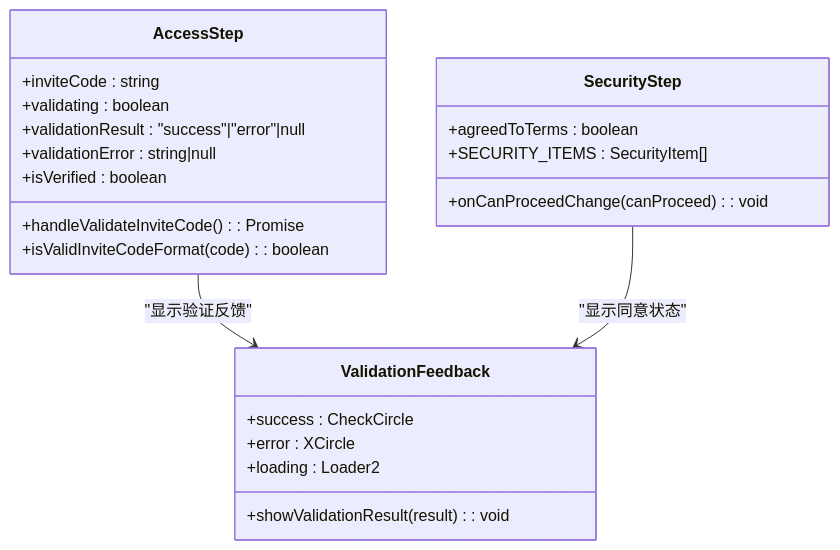
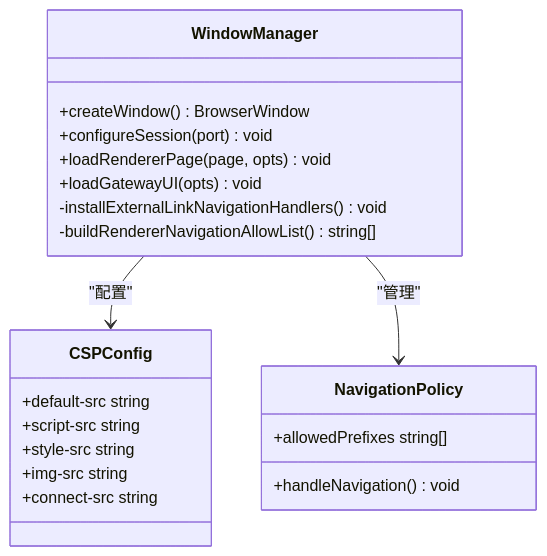
The sixth of 8 diagrams in .qoder/repowiki/zh/content/核心概念/Electron应用增强.md (verse-ai-org/openclaw), drawn with Mermaid before and after one commit. The commit also changed other lines of this file and 12 other files, not shown here.

````diff
--- a/.qoder/repowiki/zh/content/核心概念/Electron应用增强.md
+++ b/.qoder/repowiki/zh/content/核心概念/Electron应用增强.md
@@ -1063,25 +204,24 @@
 ```mermaid
 classDiagram
-class AccessStep {
-+inviteCode : string
-+validating : boolean
-+validationResult : "success"|"error"|null
-+validationError : string|null
-+isVerified : boolean
-+handleValidateInviteCode() : Promise
-+isValidInviteCodeFormat(code) : boolean
+class WindowManager {
++createWindow() BrowserWindow
++configureSession(port) void
++loadRendererPage(page, opts) void
++loadGatewayUI(opts) void
+-installExternalLinkNavigationHandlers() void
+-buildRendererNavigationAllowList() string[]
 }
-class SecurityStep {
-+agreedToTerms : boolean
-+SECURITY_ITEMS : SecurityItem[]
-+onCanProceedChange(canProceed) : void
+class CSPConfig {
++default-src string
++script-src string
++style-src string
++img-src string
++connect-src string
 }
-class ValidationFeedback {
-+success : CheckCircle
-+error : XCircle
-+loading : Loader2
-+showValidationResult(result) : void
+class NavigationPolicy {
++allowedPrefixes string[]
++handleNavigation() void
 }
-AccessStep --> ValidationFeedback : "显示验证反馈"
-SecurityStep --> ValidationFeedback : "显示同意状态"
+WindowManager --> CSPConfig : "配置"
+WindowManager --> NavigationPolicy : "管理"
 ```
````
